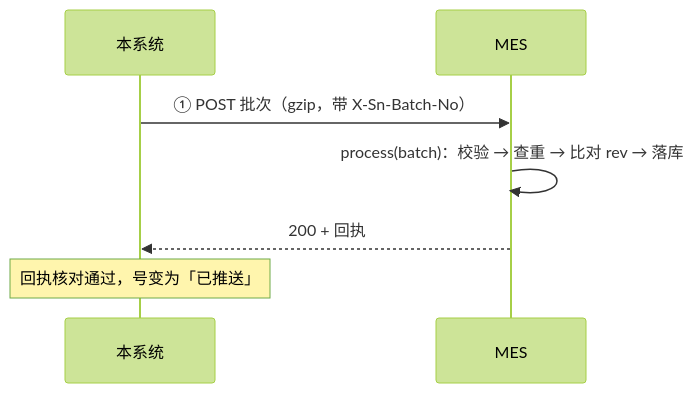
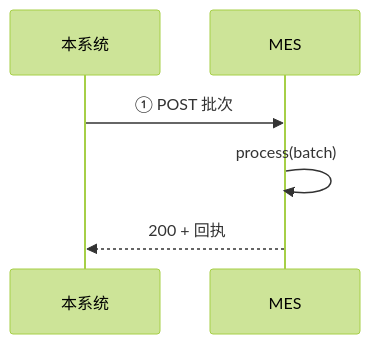
The first of 2 diagrams in docs/SN 防重管控 · MES 对接说明（精简版）.md (Createsnow/sn-center), drawn with Mermaid (forest theme) before and after one commit. The commit also changed other lines of this file and 3 other files, not shown here.

````diff
--- a/docs/SN 防重管控 · MES 对接说明（精简版）.md
+++ b/docs/SN 防重管控 · MES 对接说明（精简版）.md
@@ -152,9 +58,8 @@
 ```mermaid
 sequenceDiagram
   participant S as 本系统
   participant M as MES
-  S->>M: ① POST 批次（gzip，带 X-Sn-Batch-No）
-  M->>M: process(batch)：校验 → 查重 → 比对 rev → 落库
+  S->>M: ① POST 批次
+  M->>M: process(batch)
   M-->>S: 200 + 回执
-  Note over S: 回执核对通过，号变为「已推送」
 ```
````
